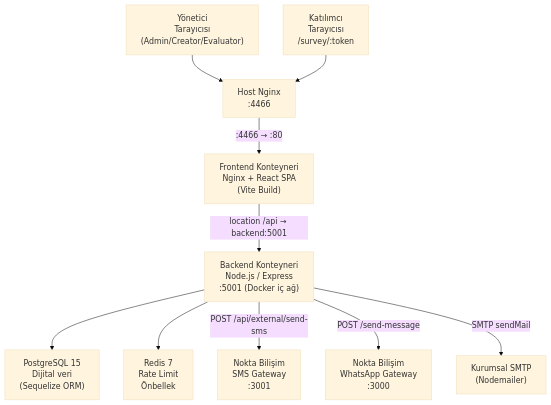
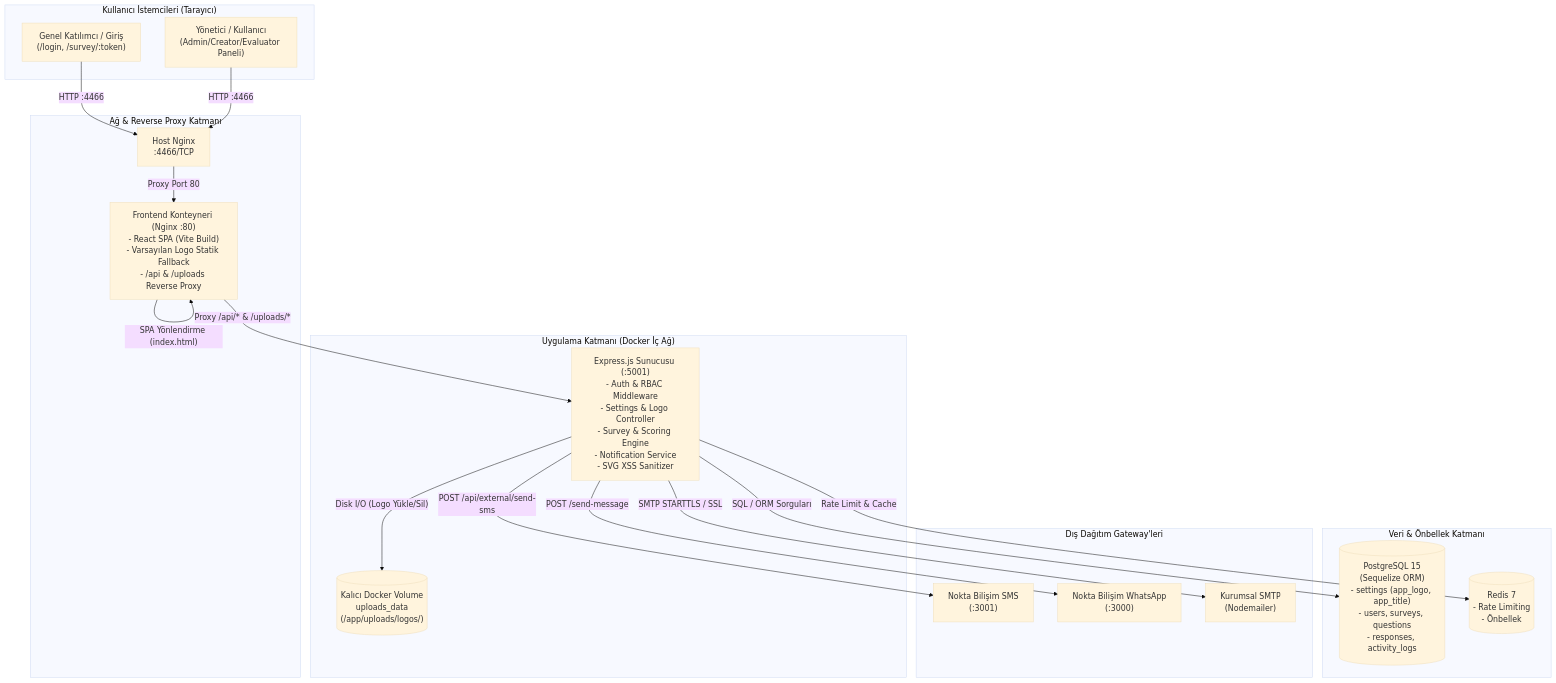
Before and after one commit to NoktaBilisim/Anket-Nokta: the first of 2 diagrams in docs/mimari.md, drawn with Mermaid (base theme). The commit also changed other lines of this file and 35 other files, not shown here.

First line of the commit message:
feat(branding): kurumsal logo ve dinamik marka yonetimi (AC-23..AC-27)

````diff
--- a/docs/mimari.md
+++ b/docs/mimari.md
@@ -36,30 +44,45 @@
 ```mermaid
 flowchart TD
-    %% Katılımcı ve Yönetici tarayıcı istemcileri
-    PBR["Katılımcı\nTarayıcısı\n/survey/:token"]
-    IBM["Yönetici\nTarayıcısı\n(Admin/Creator/Evaluator)"]
+    %% İstemci Katmanı
+    subgraph Clients ["Kullanıcı İstemcileri (Tarayıcı)"]
+        PUB["Genel Katılımcı / Giriş\n(/login, /survey/:token)"]
+        ADM["Yönetici / Kullanıcı\n(Admin/Creator/Evaluator Paneli)"]
+    end
 
-    %% Host Nginx yönlendirmesi
-    HNX["Host Nginx\n:4466"]
+    %% Ağ ve Ters Proxy Katmanı
+    subgraph Network ["Ağ & Reverse Proxy Katmanı"]
+        HNX["Host Nginx\n:4466/TCP"]
+        FNC["Frontend Konteyneri (Nginx :80)\n- React SPA (Vite Build)\n- Varsayılan Logo Statik Fallback\n- /api & /uploads Reverse Proxy"]
+    end
 
-    %% Frontend konteyneri
-    FEC["Frontend Konteyneri\nNginx + React SPA\n(Vite Build)"]
+    %% Backend ve Servis Katmanı
+    subgraph Backend ["Uygulama Katmanı (Docker İç Ağ)"]
+        EXP["Express.js Sunucusu (:5001)\n- Auth & RBAC Middleware\n- Settings & Logo Controller\n- Survey & Scoring Engine\n- Notification Service\n- SVG XSS Sanitizer"]
+        VOL[("Kalıcı Docker Volume\nuploads_data\n(/app/uploads/logos/)")]
+    end
 
-    %% Backend ve harici servisler
-    BEC["Backend Konteyneri\nNode.js / Express\n:5001 (Docker iç ağ)"]
-    PGS["PostgreSQL 15\nDijital veri\n(Sequelize ORM)"]
-    RDS["Redis 7\nRate Limit\nÖnbellek"]
-    SMS["Nokta Bilişim\nSMS Gateway\n:3001"]
-    WAP["Nokta Bilişim\nWhatsApp Gateway\n:3000"]
-    SMT["Kurumsal SMTP\n(Nodemailer)"]
+    %% Veri ve Önbellek Katmanı
+    subgraph Data ["Veri & Önbellek Katmanı"]
+        PGS[("PostgreSQL 15\n(Sequelize ORM)\n- settings (app_logo, app_title)\n- users, surveys, questions\n- responses, activity_logs")]
+        RDS[("Redis 7\n- Rate Limiting\n- Önbellek")]
+    end
 
-    IBM --> HNX
-    PBR --> HNX
-    HNX -->|":4466 → :80"| FEC
-    FEC -->|"location /api → backend:5001"| BEC
-    BEC --> PGS
-    BEC --> RDS
-    BEC -->|"POST /api/external/send-sms"| SMS
-    BEC -->|"POST /send-message"| WAP
-    BEC -->|"SMTP sendMail"| SMT
+    %% Harici Entegrasyonlar
+    subgraph External ["Dış Dağıtım Gateway'leri"]
+        SMS["Nokta Bilişim SMS\n(:3001)"]
+        WAP["Nokta Bilişim WhatsApp\n(:3000)"]
+        SMT["Kurumsal SMTP\n(Nodemailer)"]
+    end
+
+    PUB -->|HTTP :4466| HNX
+    ADM -->|HTTP :4466| HNX
+    HNX -->|Proxy Port 80| FNC
+    FNC -->|"SPA Yönlendirme (index.html)"| FNC
+    FNC -->|"Proxy /api/* & /uploads/*"| EXP
+    EXP -->|"Disk I/O (Logo Yükle/Sil)"| VOL
+    EXP -->|"SQL / ORM Sorguları"| PGS
+    EXP -->|"Rate Limit & Cache"| RDS
+    EXP -->|"POST /api/external/send-sms"| SMS
+    EXP -->|"POST /send-message"| WAP
+    EXP -->|"SMTP STARTTLS / SSL"| SMT
 ```
````
